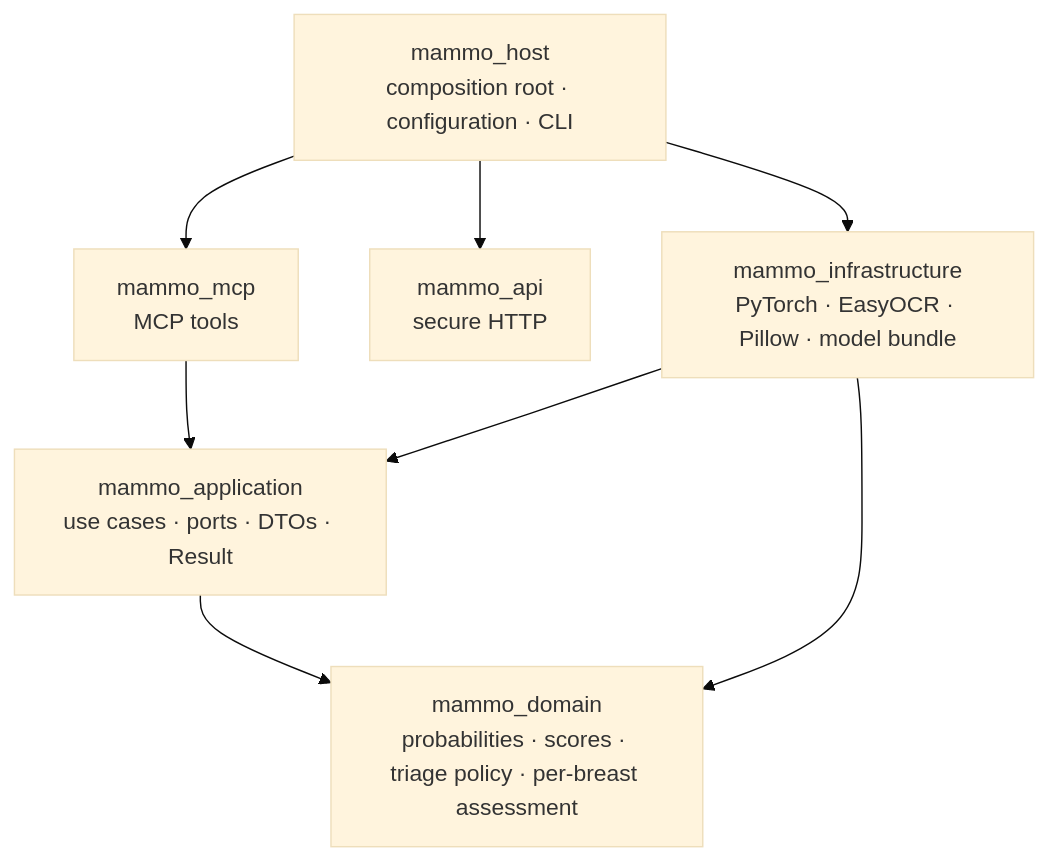
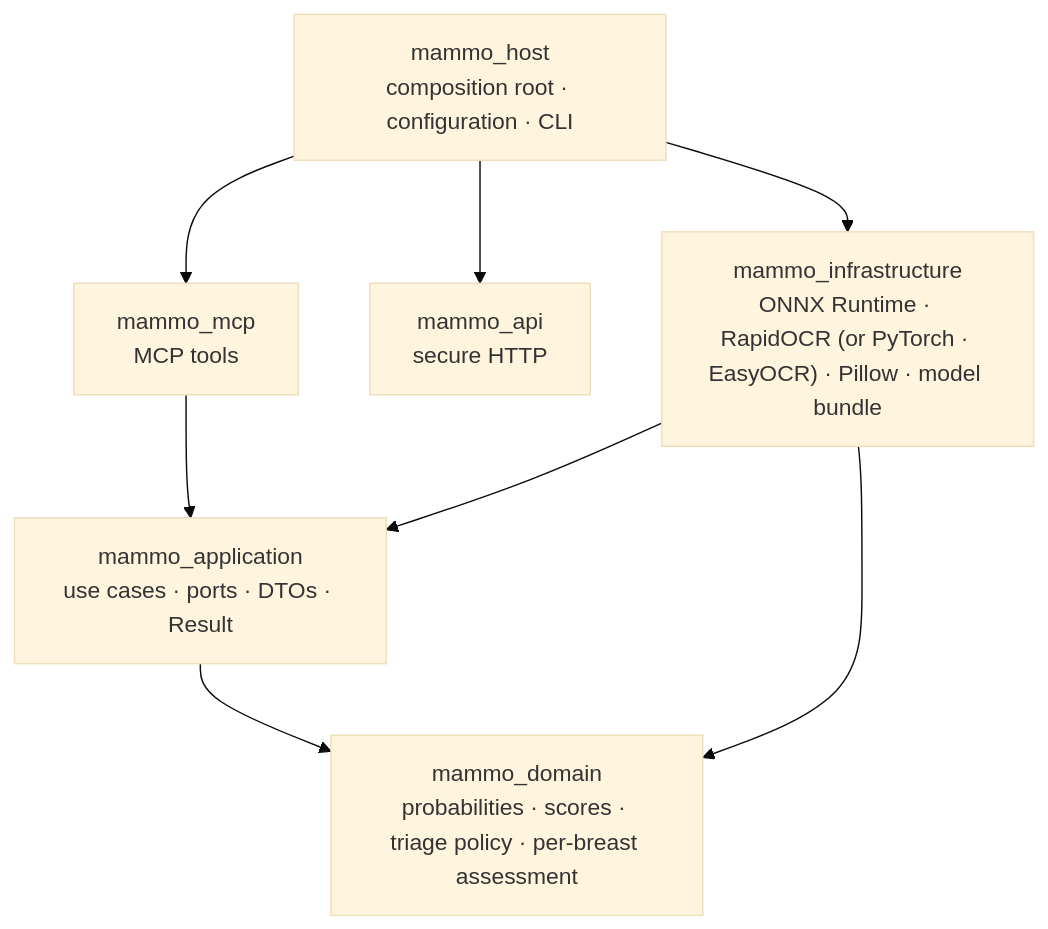
One commit to avalderrama/ai-mammogram-triage changed the second of 4 diagrams in docs/architecture.md. Above: the diagram before and after it, drawn with Mermaid (base theme). The commit also changed other lines of this file and 24 other files, not shown here.

First line of the commit message:
Add ONNX Runtime + RapidOCR inference backend

````diff
--- a/docs/architecture.md
+++ b/docs/architecture.md
@@ -41,14 +41,14 @@
 ```mermaid
 flowchart TB
     HOST["mammo_host<br/>composition root · configuration · CLI"]
     MCP["mammo_mcp<br/>MCP tools"]
     API["mammo_api<br/>secure HTTP"]
-    INFRA["mammo_infrastructure<br/>PyTorch · EasyOCR · Pillow · model bundle"]
+    INFRA["mammo_infrastructure<br/>ONNX Runtime · RapidOCR (or PyTorch · EasyOCR) · Pillow · model bundle"]
     APPL["mammo_application<br/>use cases · ports · DTOs · Result"]
     DOM["mammo_domain<br/>probabilities · scores · triage policy · per-breast assessment"]
     HOST --> MCP & API & INFRA
     MCP --> APPL
     INFRA --> APPL
     APPL --> DOM
     INFRA --> DOM
 ```
````
